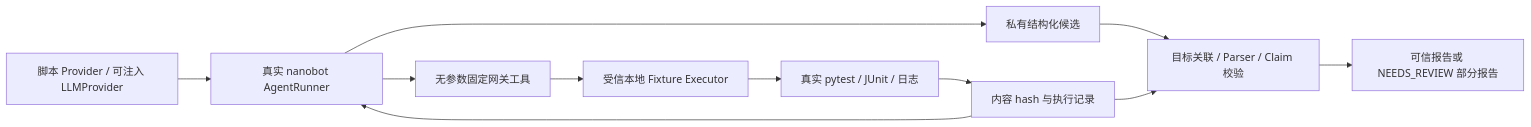
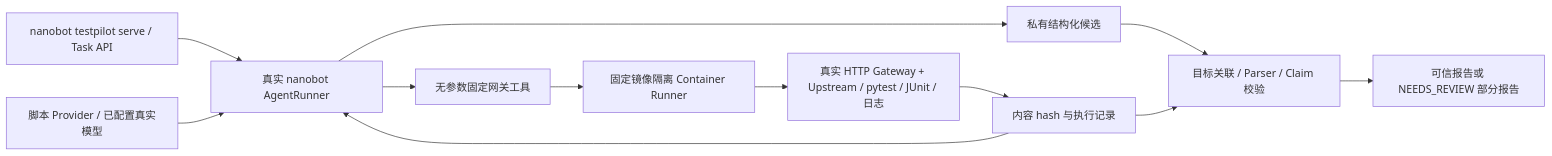
Before and after one commit to john0819/nanobot: the diagram in docs/testpilot/README.md, drawn with Mermaid. The commit also changed other lines of this file and 25 other files, not shown here.

Commit message:
feat(testpilot): add task API and isolated HTTP runner

````diff
--- a/docs/testpilot/README.md
+++ b/docs/testpilot/README.md
@@ -9,13 +9,14 @@
 ```mermaid
 flowchart LR
-  P[脚本 Provider / 可注入 LLMProvider] --> N[真实 nanobot AgentRunner]
+  API[nanobot testpilot serve / Task API] --> N[真实 nanobot AgentRunner]
+  P[脚本 Provider / 已配置真实模型] --> N
   N --> T[无参数固定网关工具]
-  T --> E[受信本地 Fixture Executor]
-  E --> J[真实 pytest / JUnit / 日志]
+  T --> E[固定镜像隔离 Container Runner]
+  E --> J[真实 HTTP Gateway + Upstream / pytest / JUnit / 日志]
   J --> A[内容 hash 与执行记录]
   A --> N
   N --> C[私有结构化候选]
   C --> G[目标关联 / Parser / Claim 校验]
   A --> G
   G --> R[可信报告或 NEEDS_REVIEW 部分报告]
 ```
````
